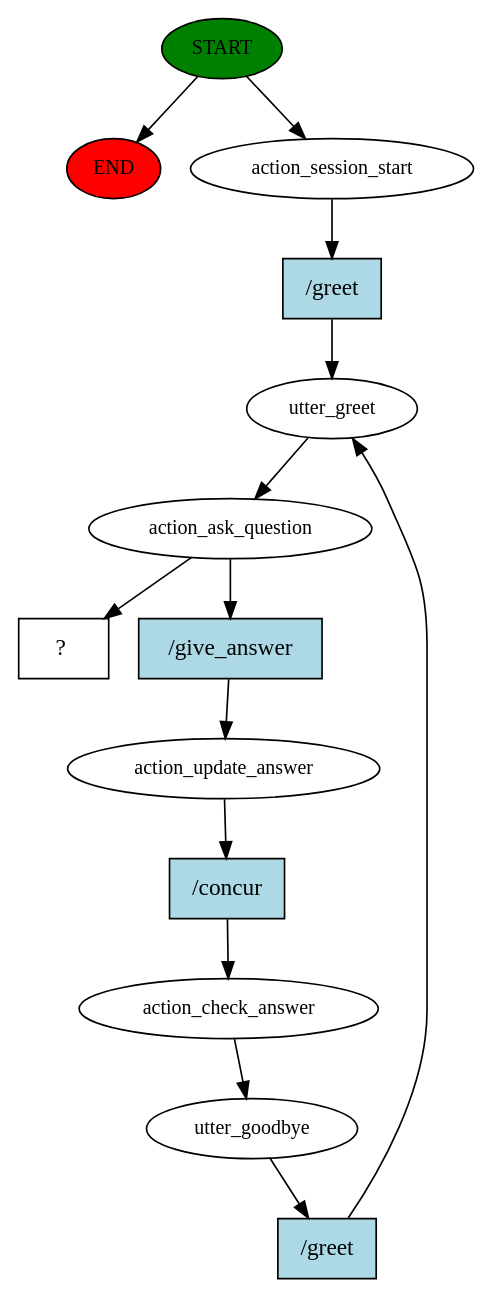
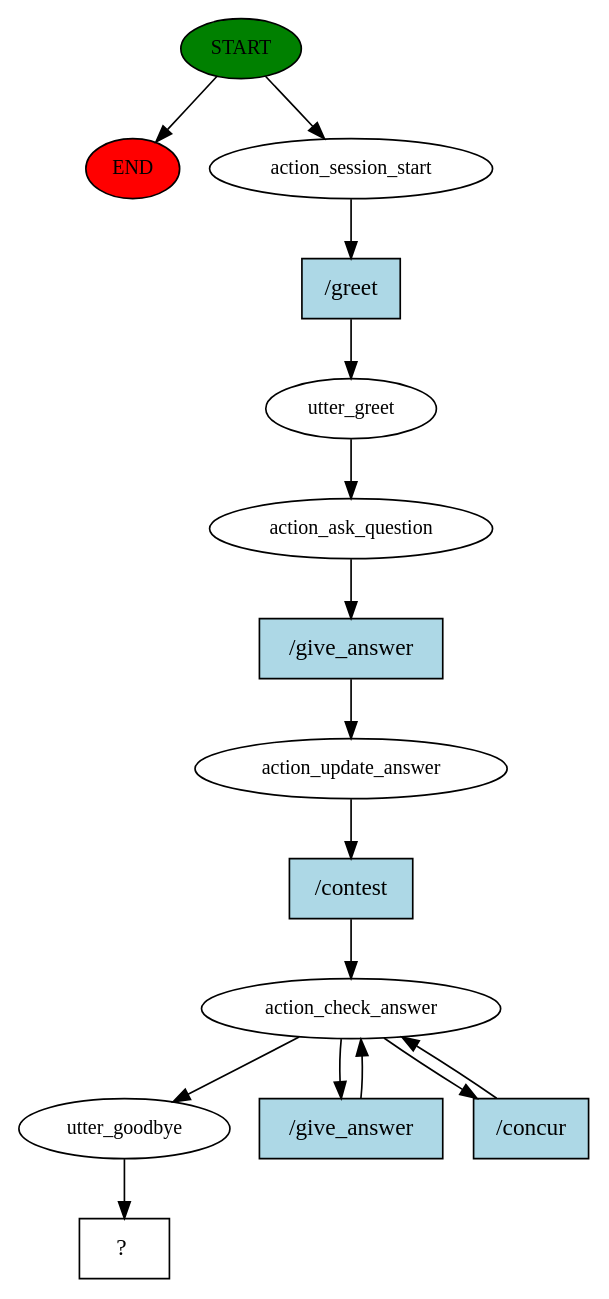
The diagram in nlu_test/story_graph.dot (ddenley/Multi-Person-Quiz), drawn with Graphviz before and after one commit. The commit also changed 301 other files, not shown here.

```diff
--- a/nlu_test/story_graph.dot
+++ b/nlu_test/story_graph.dot
@@ -1,28 +1,31 @@
 digraph  {
 0 [class="start active", fillcolor=green, fontsize=12, label=START, style=filled];
 "-1" [class=end, fillcolor=red, fontsize=12, label=END, style=filled];
 1 [class=active, fontsize=12, label=action_session_start];
 2 [class=active, fontsize=12, label=utter_greet];
 3 [class=active, fontsize=12, label=action_ask_question];
 4 [class=active, fontsize=12, label=action_update_answer];
 5 [class=active, fontsize=12, label=action_check_answer];
-6 [class=active, fontsize=12, label=utter_goodbye];
+8 [class=active, fontsize=12, label=utter_goodbye];
 9 [class="intent dashed active", label="  ?  ", shape=rect];
 10 [class="intent active", fillcolor=lightblue, label="/greet", shape=rect, style=filled];
 11 [class="intent active", fillcolor=lightblue, label="/give_answer", shape=rect, style=filled];
-12 [class="intent active", fillcolor=lightblue, label="/concur", shape=rect, style=filled];
-13 [class="intent active", fillcolor=lightblue, label="/greet", shape=rect, style=filled];
+12 [class="intent active", fillcolor=lightblue, label="/contest", shape=rect, style=filled];
+13 [class="intent active", fillcolor=lightblue, label="/give_answer", shape=rect, style=filled];
+14 [class="intent active", fillcolor=lightblue, label="/concur", shape=rect, style=filled];
 0 -> "-1"  [class="", key=NONE, label=""];
 0 -> 1  [class=active, key=NONE, label=""];
 1 -> 10  [class=active, key=0];
 2 -> 3  [class=active, key=NONE, label=""];
-3 -> 9  [class=active, key=NONE, label=""];
 3 -> 11  [class=active, key=0];
 4 -> 12  [class=active, key=0];
-5 -> 6  [class=active, key=NONE, label=""];
-6 -> 13  [class=active, key=0];
+5 -> 8  [class=active, key=NONE, label=""];
+5 -> 13  [class=active, key=0];
+5 -> 14  [class=active, key=0];
+8 -> 9  [class=active, key=NONE, label=""];
 10 -> 2  [class=active, key=0];
 11 -> 4  [class=active, key=0];
 12 -> 5  [class=active, key=0];
-13 -> 2  [class=active, key=0];
+13 -> 5  [class=active, key=0];
+14 -> 5  [class=active, key=0];
 }
```
